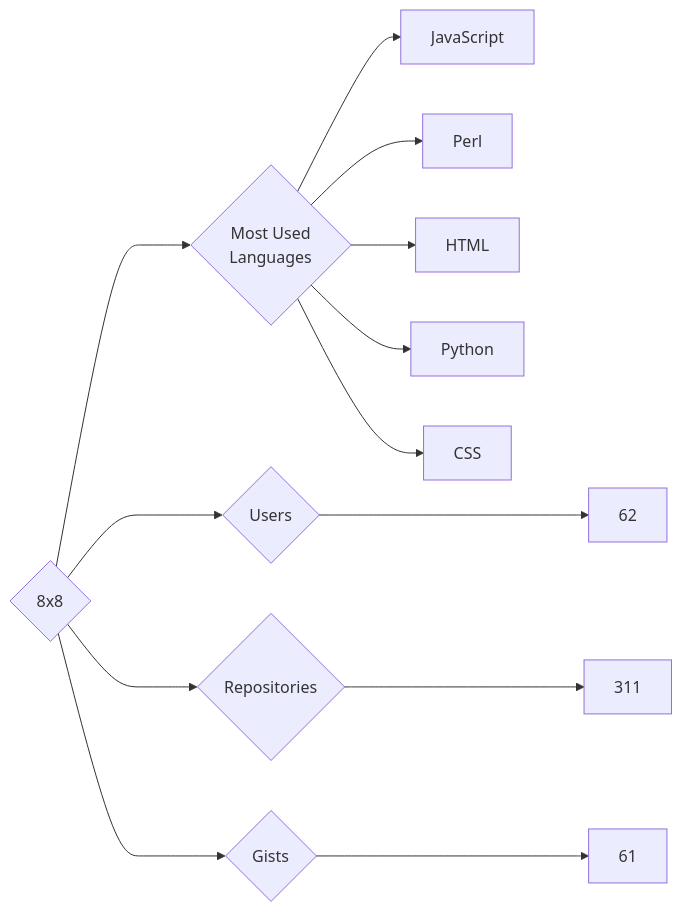
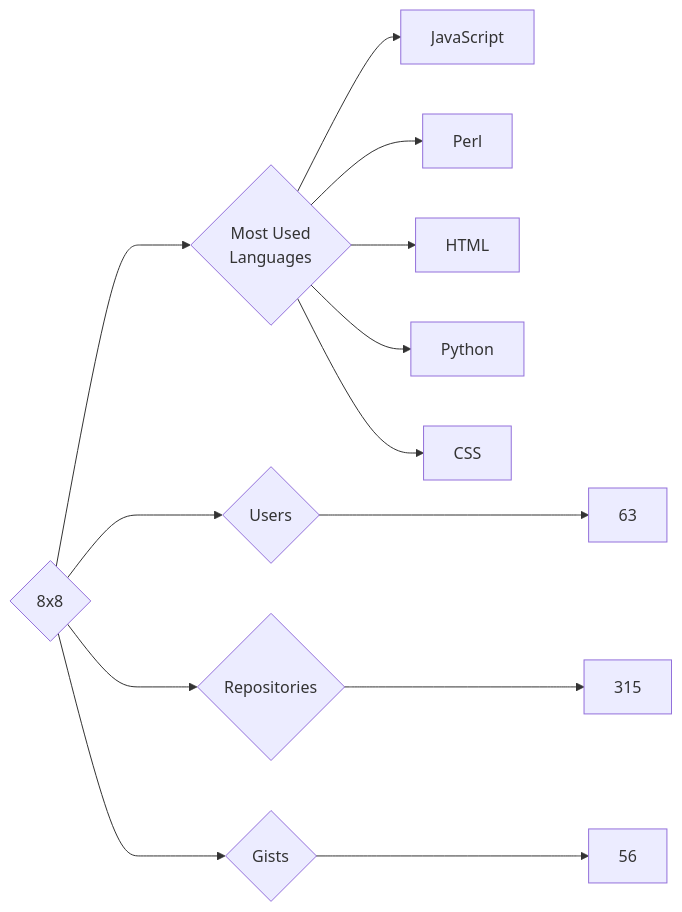
Before and after one commit to trickest/insiders: the diagram in targets/8x8/README.md, drawn with Mermaid. The commit also changed 997 other files, not shown here.

````diff
--- a/targets/8x8/README.md
+++ b/targets/8x8/README.md
@@ -3,13 +3,13 @@
 ```mermaid
 graph LR
 COMPANY_NAME{8x8}
-COMPANY_NAME ---> U{Users} ---> UN[62]
-COMPANY_NAME ---> R{Repositories} ---> RN[311]
-COMPANY_NAME ---> G{Gists} ---> GN[61]
+COMPANY_NAME ---> U{Users} ---> UN[63]
+COMPANY_NAME ---> R{Repositories} ---> RN[315]
+COMPANY_NAME ---> G{Gists} ---> GN[56]
 COMPANY_NAME ---> ML{Most Used<br>Languages}
 ML --> JavaScript[JavaScript]
 ML --> Perl[Perl]
 ML --> HTML[HTML]
 ML --> Python[Python]
 ML --> CSS[CSS]
 ```
````
